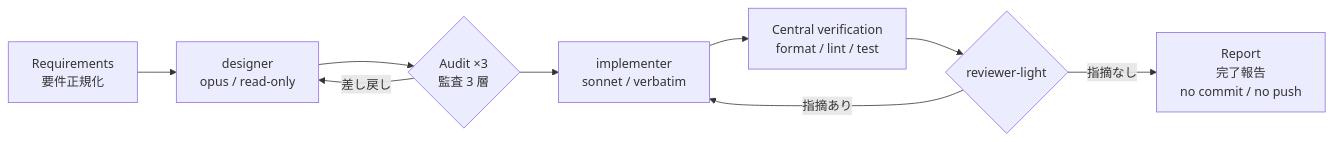
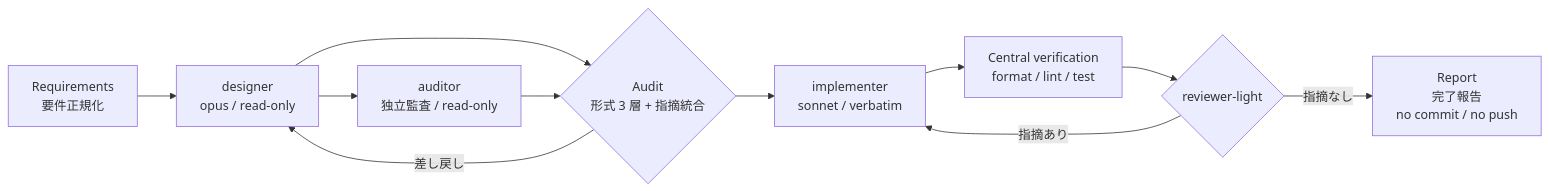
Before and after one commit to kaionn/draftsmith: the diagram in README.md, drawn with Mermaid. The commit also changed other lines of this file and 5 other files, not shown here.

````diff
--- a/README.md
+++ b/README.md
@@ -7,11 +7,13 @@
 ```mermaid
 flowchart LR
     R[Requirements<br/>要件正規化] --> D[designer<br/>opus / read-only]
-    D --> A{Audit ×3<br/>監査 3 層}
+    D --> AU[auditor<br/>独立監査 / read-only]
+    D --> A{Audit<br/>形式 3 層 + 指摘統合}
+    AU --> A
     A -- 差し戻し --> D
     A --> I[implementer<br/>sonnet / verbatim]
     I --> V[Central verification<br/>format / lint / test]
     V --> L{reviewer-light}
     L -- 指摘あり --> I
     L -- 指摘なし --> F[Report<br/>完了報告<br/>no commit / no push]
 ```
````
